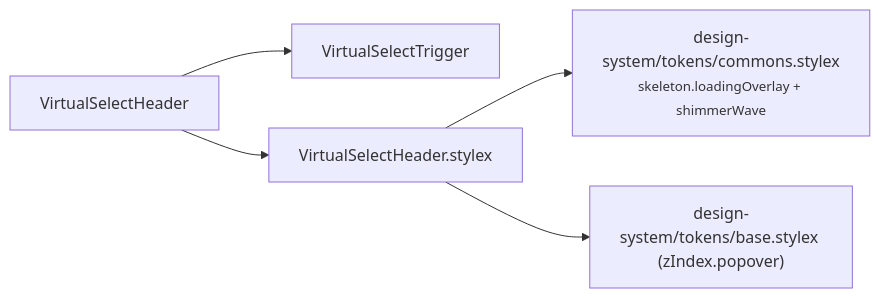
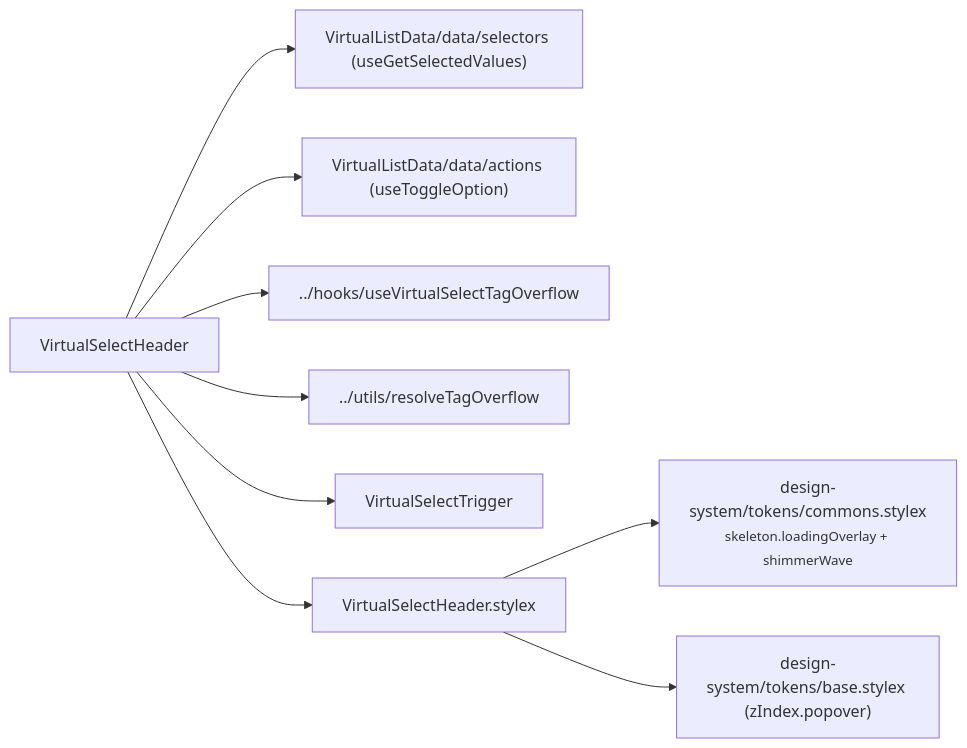
Before and after one commit to luciocabrera/lcabrera-stack: the diagram in packages/ui/src/components/VirtualSelect/VirtualSelectHeader/ARCHITECTURE.md, drawn with Mermaid. The commit also changed other lines of this file and 30 other files, not shown here.

First line of the commit message:
refactor(VirtualSelect): decouple dropdown and header from selection logic

````diff
--- a/packages/ui/src/components/VirtualSelect/VirtualSelectHeader/ARCHITECTURE.md
+++ b/packages/ui/src/components/VirtualSelect/VirtualSelectHeader/ARCHITECTURE.md
@@ -17,7 +17,11 @@
 ```mermaid
 graph LR
-  VSH["VirtualSelectHeader"] --> VST["VirtualSelectTrigger"]
+  VSH["VirtualSelectHeader"] --> SEL["VirtualListData/data/selectors (useGetSelectedValues)"]
+  VSH --> ACT["VirtualListData/data/actions (useToggleOption)"]
+  VSH --> OVF["../hooks/useVirtualSelectTagOverflow"]
+  VSH --> RTO["../utils/resolveTagOverflow"]
+  VSH --> VST["VirtualSelectTrigger"]
   VSH --> VSH_stylex["VirtualSelectHeader.stylex"]
   VSH_stylex --> skeleton["design-system/tokens/commons.stylex\n<small>skeleton.loadingOverlay + shimmerWave</small>"]
   VSH_stylex --> base["design-system/tokens/base.stylex (zIndex.popover)"]
 ```
````
